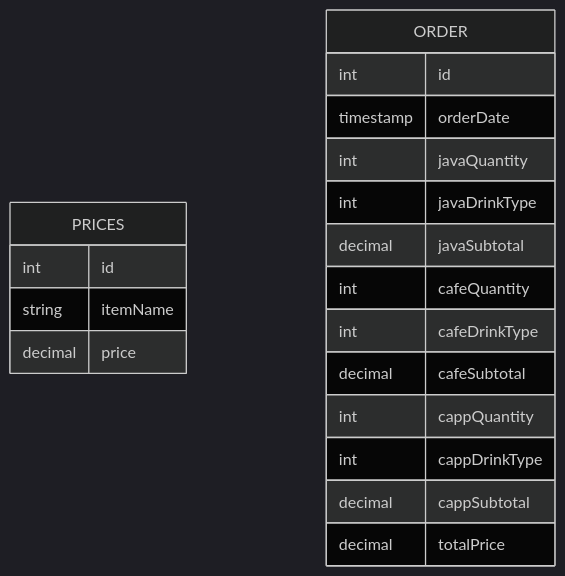
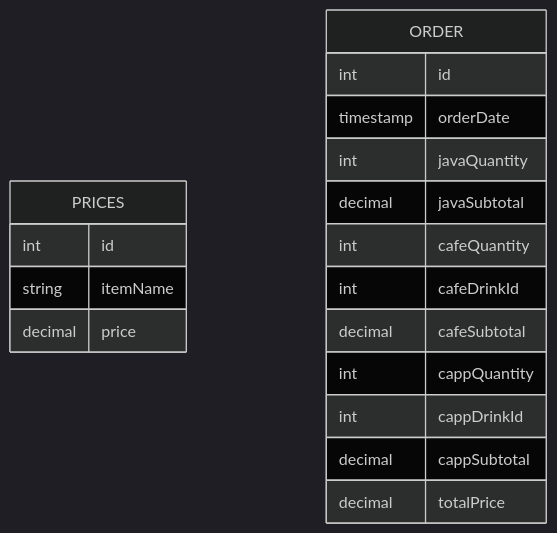
One commit to garrysjh/ie4727 changed the diagram in Wk8/CaseStudy_05/er.mmd. Above: the diagram before and after it, drawn with Mermaid (dark theme).

Commit message:
fix order table

```diff
--- a/Wk8/CaseStudy_05/er.mmd
+++ b/Wk8/CaseStudy_05/er.mmd
@@ -1,22 +1,20 @@
 erDiagram
     PRICES {
         int id
         string itemName
         decimal price
     }
-
+    
     ORDER {
         int id
         timestamp orderDate
         int javaQuantity
-        int javaDrinkType
         decimal javaSubtotal
         int cafeQuantity
-        int cafeDrinkType
+        int cafeDrinkId
         decimal cafeSubtotal
         int cappQuantity
-        int cappDrinkType
+        int cappDrinkId
         decimal cappSubtotal
         decimal totalPrice
-
     }
```
